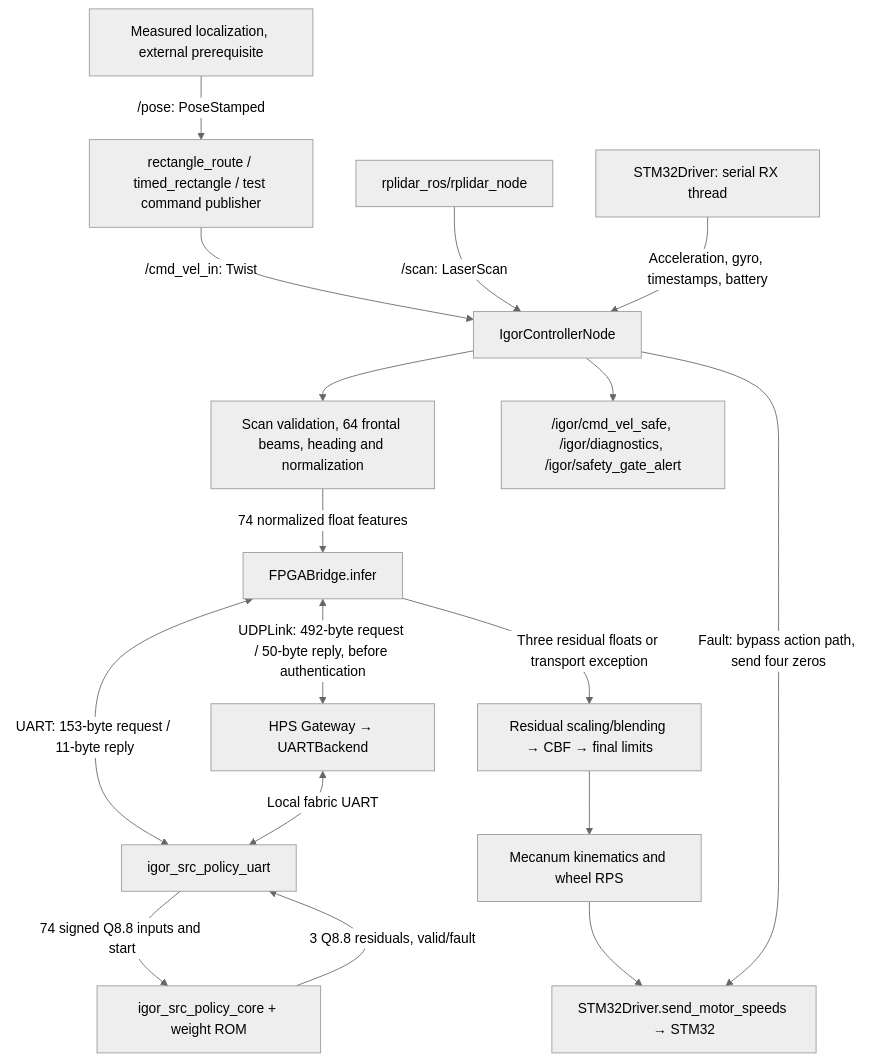
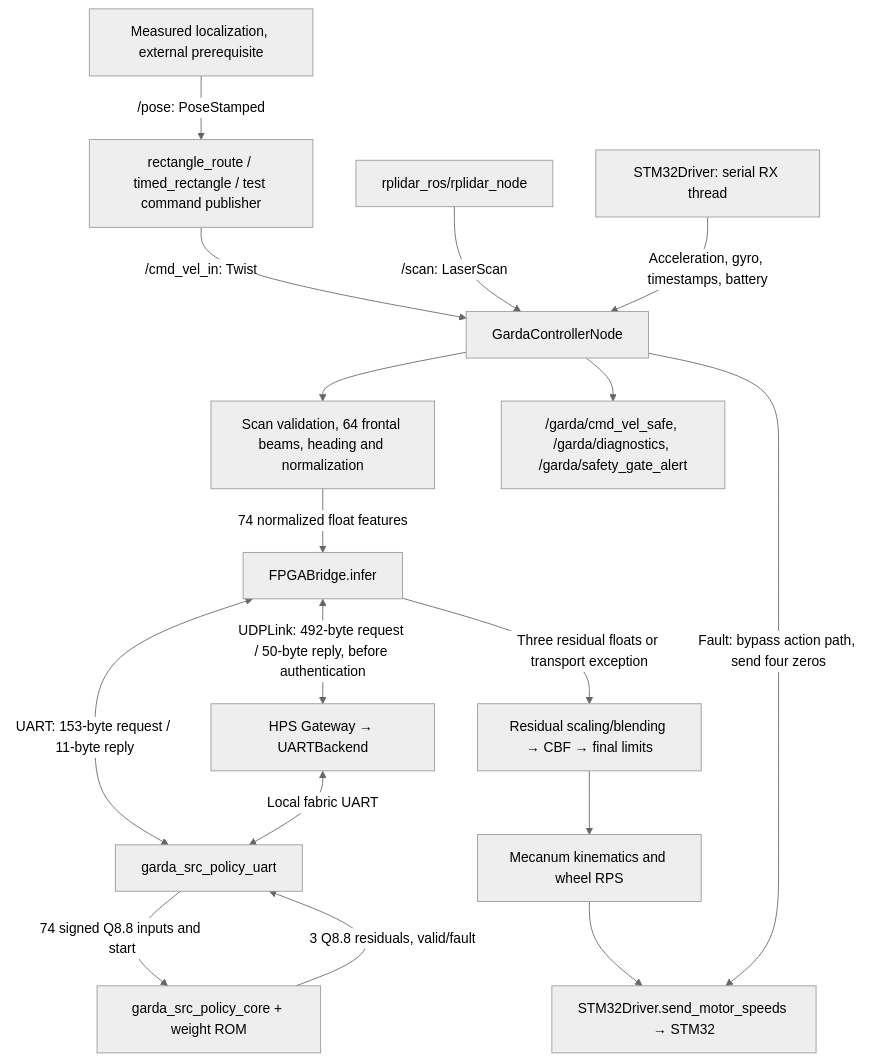
Before and after one commit to wlmoi/GARDA: the second of 2 diagrams in fpga/testing_scenario.md, drawn with Mermaid (neutral theme). The commit also changed other lines of this file and 825 other files, not shown here.

````diff
--- a/fpga/testing_scenario.md
+++ b/fpga/testing_scenario.md
@@ -63,19 +63,19 @@
 ```mermaid
 flowchart TD
-    R["rectangle_route / timed_rectangle / test command publisher"] -->|"/cmd_vel_in: Twist"| C["IgorControllerNode"]
+    R["rectangle_route / timed_rectangle / test command publisher"] -->|"/cmd_vel_in: Twist"| C["GardaControllerNode"]
     L["rplidar_ros/rplidar_node"] -->|"/scan: LaserScan"| C
     M["STM32Driver: serial RX thread"] -->|"Acceleration, gyro, timestamps, battery"| C
     P["Measured localization, external prerequisite"] -->|"/pose: PoseStamped"| R
     C --> O["Scan validation, 64 frontal beams, heading and normalization"]
     O -->|"74 normalized float features"| B["FPGABridge.infer"]
-    B <-->|"UART: 153-byte request / 11-byte reply"| U["igor_src_policy_uart"]
+    B <-->|"UART: 153-byte request / 11-byte reply"| U["garda_src_policy_uart"]
     B <-->|"UDPLink: 492-byte request / 50-byte reply, before authentication"| G["HPS Gateway → UARTBackend"]
     G <-->|"Local fabric UART"| U
-    U -->|"74 signed Q8.8 inputs and start"| N["igor_src_policy_core + weight ROM"]
+    U -->|"74 signed Q8.8 inputs and start"| N["garda_src_policy_core + weight ROM"]
     N -->|"3 Q8.8 residuals, valid/fault"| U
     B -->|"Three residual floats or transport exception"| S["Residual scaling/blending → CBF → final limits"]
     S --> K["Mecanum kinematics and wheel RPS"]
     K --> T["STM32Driver.send_motor_speeds → STM32"]
     C -->|"Fault: bypass action path, send four zeros"| T
-    C --> D["/igor/cmd_vel_safe, /igor/diagnostics, /igor/safety_gate_alert"]
+    C --> D["/garda/cmd_vel_safe, /garda/diagnostics, /garda/safety_gate_alert"]
 ```
````
